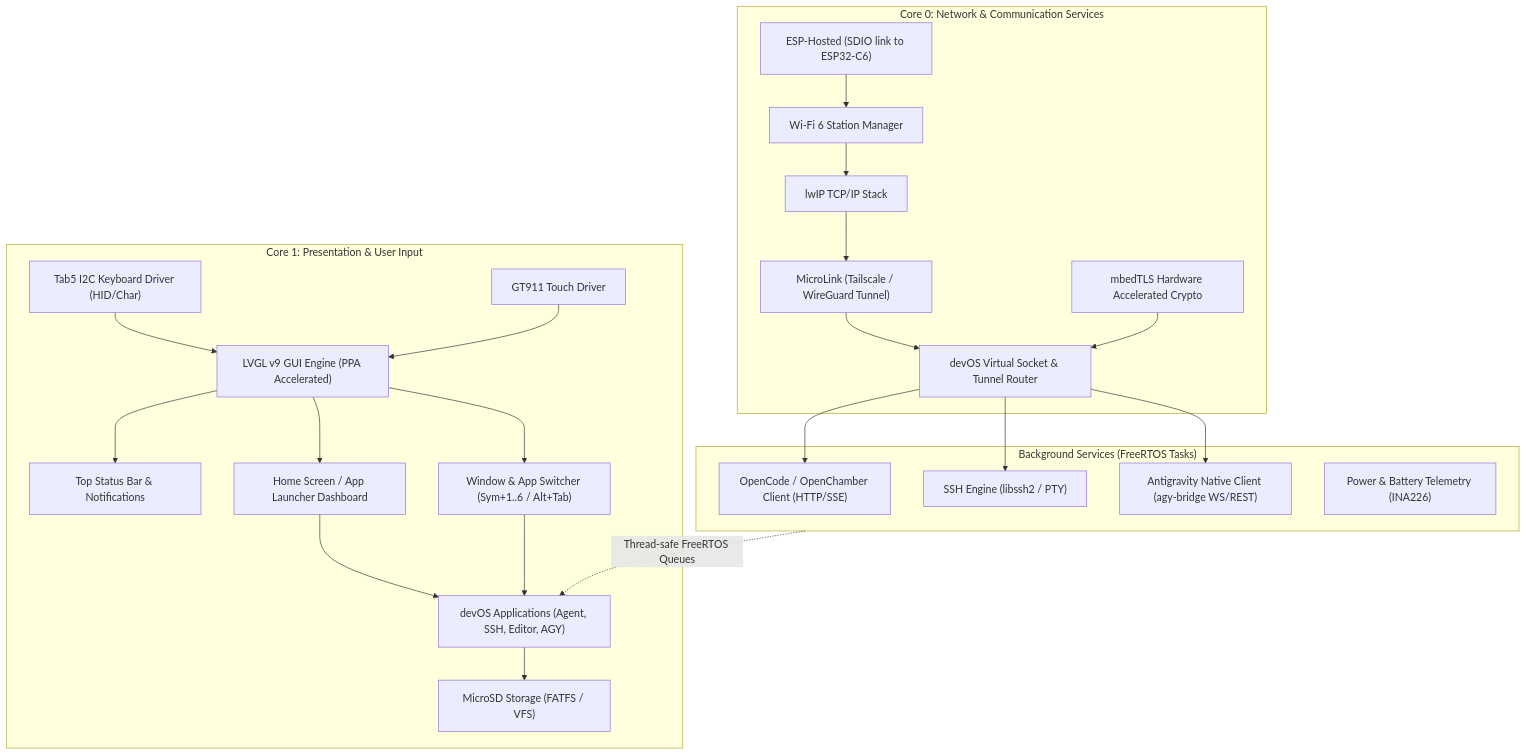
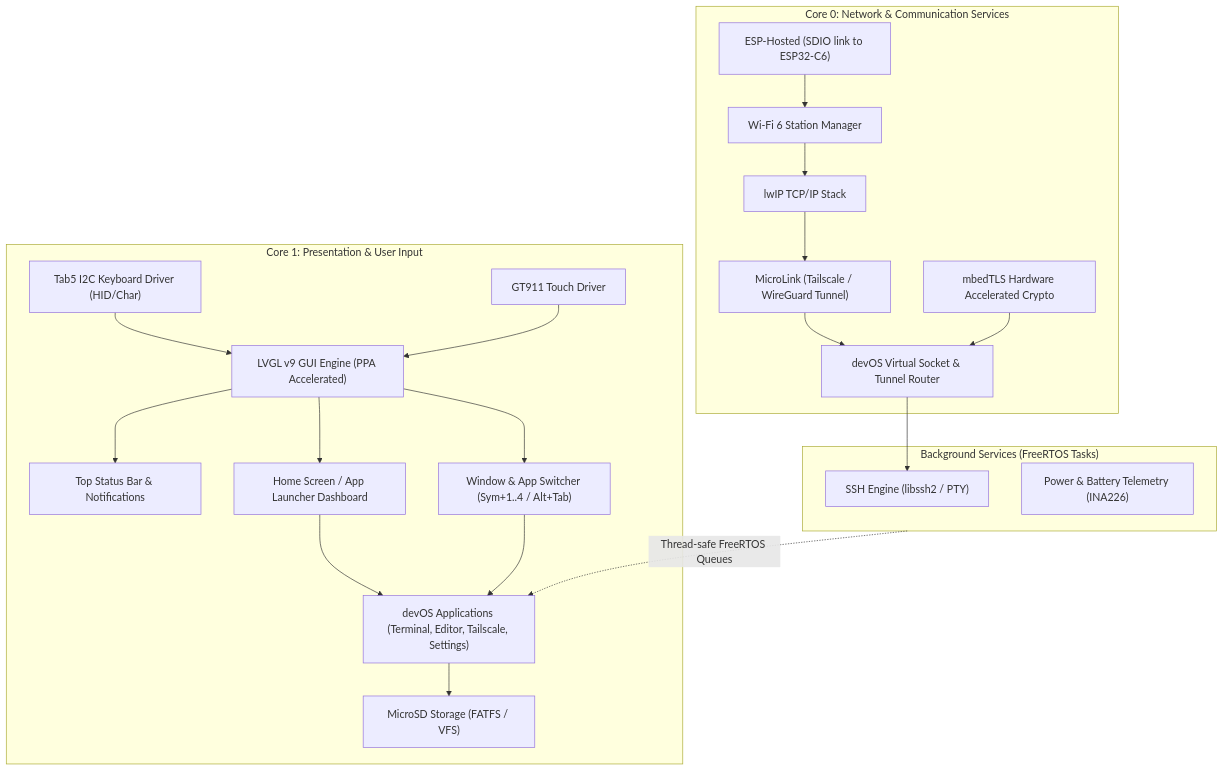
One commit to domgrimm/tab5-devos changed the diagram in PLAN.md. Above: the diagram before and after it, drawn with Mermaid. The commit also changed other lines of this file and 3 other files, not shown here.

First line of the commit message:
docs: AGENTS.md and PLAN.md without OpenDev and Antigravity

````diff
--- a/PLAN.md
+++ b/PLAN.md
@@ -61,50 +55,46 @@
 ```mermaid
 graph TD
     subgraph Core1 ["Core 1: Presentation & User Input"]
         LVGL["LVGL v9 GUI Engine (PPA Accelerated)"]
         UI_TopBar["Top Status Bar & Notifications"]
         UI_Launcher["Home Screen / App Launcher Dashboard"]
-        UI_WM["Window & App Switcher (Sym+1..6 / Alt+Tab)"]
-        UI_Apps["devOS Applications (Agent, SSH, Editor, AGY)"]
+        UI_WM["Window & App Switcher (Sym+1..4 / Alt+Tab)"]
+        UI_Apps["devOS Applications (Terminal, Editor, Tailscale, Settings)"]
         KbdDrv["Tab5 I2C Keyboard Driver (HID/Char)"]
         TouchDrv["GT911 Touch Driver"]
         SD_FS["MicroSD Storage (FATFS / VFS)"]
 
         LVGL --> UI_TopBar
         LVGL --> UI_Launcher
         LVGL --> UI_WM
         UI_Launcher --> UI_Apps
         UI_WM --> UI_Apps
         KbdDrv --> LVGL
         TouchDrv --> LVGL
         UI_Apps --> SD_FS
     end
 
     subgraph Core0 ["Core 0: Network & Communication Services"]
         ESPHosted["ESP-Hosted (SDIO link to ESP32-C6)"]
         WiFi["Wi-Fi 6 Station Manager"]
         LwIP["lwIP TCP/IP Stack"]
         MicroLink["MicroLink (Tailscale / WireGuard Tunnel)"]
         mbedTLS["mbedTLS Hardware Accelerated Crypto"]
         NetRouter["devOS Virtual Socket & Tunnel Router"]
 
         ESPHosted --> WiFi
         WiFi --> LwIP
         LwIP --> MicroLink
         MicroLink --> NetRouter
         mbedTLS --> NetRouter
     end
 
     subgraph BackgroundDaemons ["Background Services (FreeRTOS Tasks)"]
-        OpenDevClient["OpenCode / OpenChamber Client (HTTP/SSE)"]
         SSHClient["SSH Engine (libssh2 / PTY)"]
-        AgyBridgeClient["Antigravity Native Client (agy-bridge WS/REST)"]
         PowerDaemon["Power & Battery Telemetry (INA226)"]
 
-        NetRouter --> OpenDevClient
         NetRouter --> SSHClient
-        NetRouter --> AgyBridgeClient
     end
 
     BackgroundDaemons -.->|"Thread-safe FreeRTOS Queues"| UI_Apps
 ```
````
